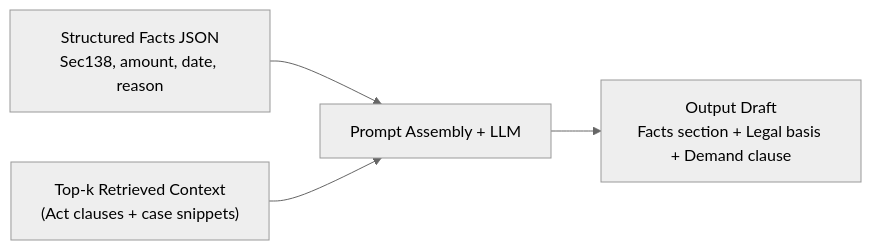
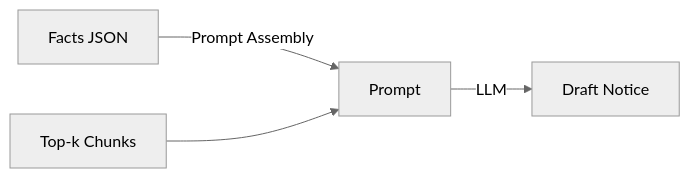
The seventh of 8 diagrams in docs/implementation.md (delisha02/droitdraft), drawn with Mermaid (neutral theme) before and after one commit. The commit also changed other lines of this file, not shown here.

````diff
--- a/docs/implementation.md
+++ b/docs/implementation.md
@@ -156,9 +249,6 @@
 ```mermaid
 flowchart LR
-    F["Structured Facts JSON
-Sec138, amount, date, reason"] --> RAG["Prompt Assembly + LLM"]
-    CTX["Top-k Retrieved Context
-(Act clauses + case snippets)"] --> RAG
-    RAG --> OUT["Output Draft
-Facts section + Legal basis + Demand clause"]
+    FJ["Facts JSON"] --> |"Prompt Assembly"| PR["Prompt"]
+    CTX["Top-k Chunks"] --> PR
+    PR --> |"LLM"| OUT["Draft Notice"]
 ```
````
